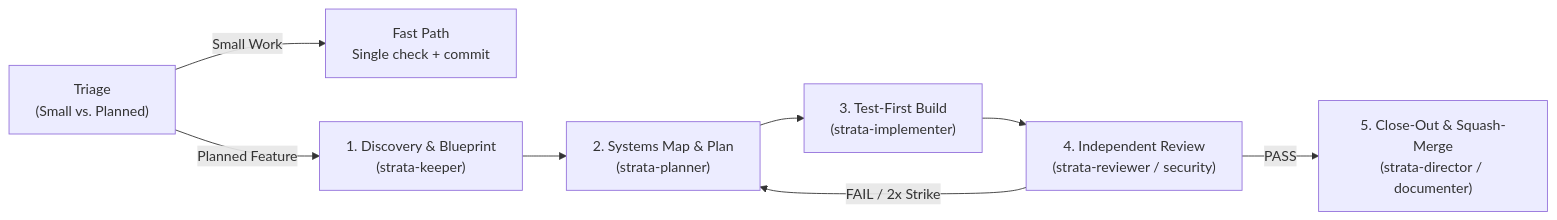
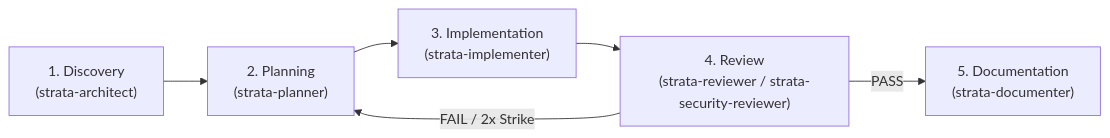
Before and after one commit to TylerJPresley/strata-agent-framework: the diagram in README.md, drawn with Mermaid. The commit also changed other lines of this file and 48 other files, not shown here.

Commit message:
feat: release v0.1.4 with 5-stage pipeline, strata-architect, collaborative pushback, and blind Stage 4 review gate

````diff
--- a/README.md
+++ b/README.md
@@ -72,10 +78,8 @@
 ```mermaid
 flowchart LR
-    T["Triage\n(Small vs. Planned)"] -->|Small Work| Fast["Fast Path\nSingle check + commit"]
-    T -->|Planned Feature| S1["1. Discovery & Blueprint\n(strata-keeper)"]
-    S1 --> S2["2. Systems Map & Plan\n(strata-planner)"]
-    S2 --> S3["3. Test-First Build\n(strata-implementer)"]
-    S3 --> S4["4. Independent Review\n(strata-reviewer / security)"]
-    S4 -->|PASS| S5["5. Close-Out & Squash-Merge\n(strata-director / documenter)"]
+    S1["1. Discovery\n(strata-architect)"] --> S2["2. Planning\n(strata-planner)"]
+    S2 --> S3["3. Implementation\n(strata-implementer)"]
+    S3 --> S4["4. Review\n(strata-reviewer / strata-security-reviewer)"]
+    S4 -->|PASS| S5["5. Documentation\n(strata-documenter)"]
     S4 -->|FAIL / 2x Strike| S2
 ```
````
